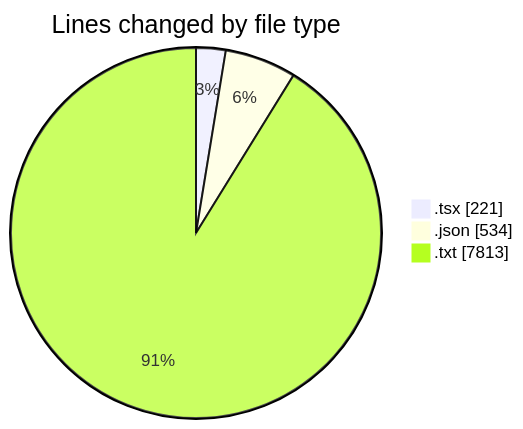
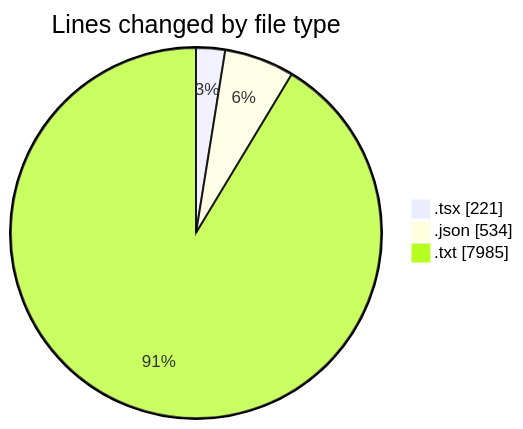
The first of 2 diagrams in 2025-08-01/tw-server/README.md (EIIisD/code-tracking), drawn with Mermaid before and after one commit. The commit also changed other lines of this file and 1 other file, not shown here.

````diff
--- a/2025-08-01/tw-server/README.md
+++ b/2025-08-01/tw-server/README.md
@@ -27,7 +28,7 @@
 ```mermaid
 pie showData
 title Lines changed by file type
 ".tsx" : 221
 ".json" : 534
-".txt" : 7813
+".txt" : 7985
 ```
````
